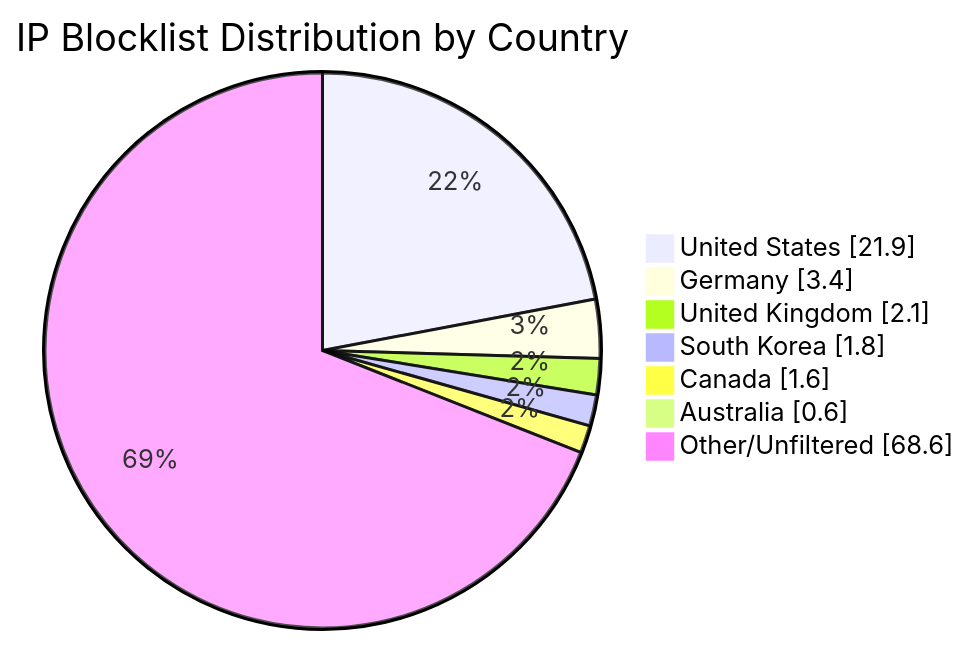
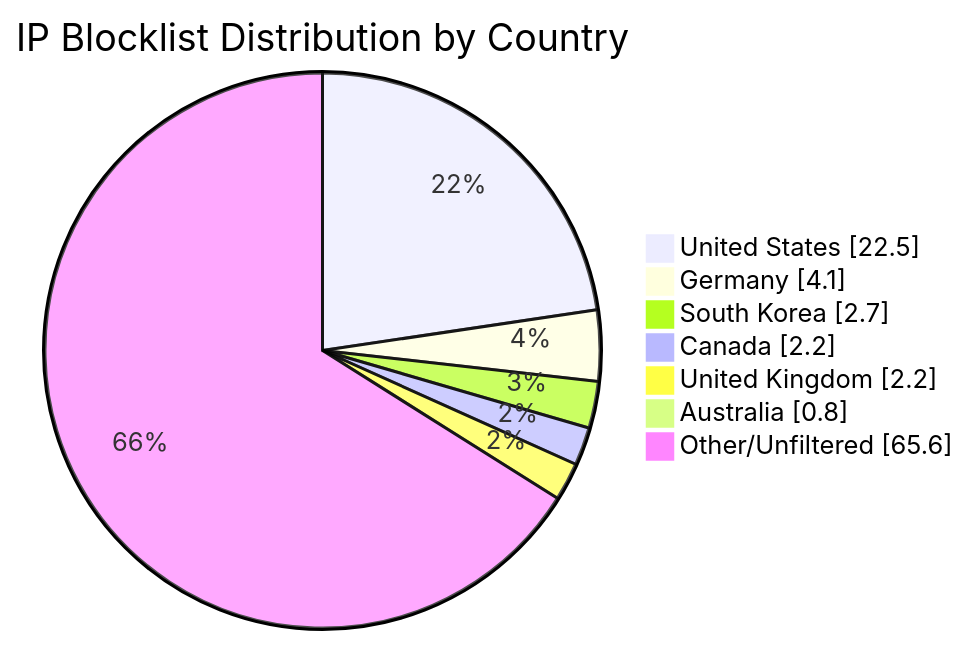
The diagram in README.md (MarcusHoltz/ipblocklist-geofiltered-aggregator), drawn with Mermaid before and after one commit. The commit also changed other lines of this file and 9 other files, not shown here.

````diff
--- a/README.md
+++ b/README.md
@@ -34,10 +34,10 @@
 ```mermaid
 pie showData title IP Blocklist Distribution by Country
-"United States" : 21.9
-"Germany" : 3.4
-"United Kingdom" : 2.1
-"South Korea" : 1.8
-"Canada" : 1.6
-"Australia" : 0.6
-"Other/Unfiltered" : 68.6
+"United States" : 22.5
+"Germany" : 4.1
+"South Korea" : 2.7
+"Canada" : 2.2
+"United Kingdom" : 2.2
+"Australia" : 0.8
+"Other/Unfiltered" : 65.6
 ```
````
